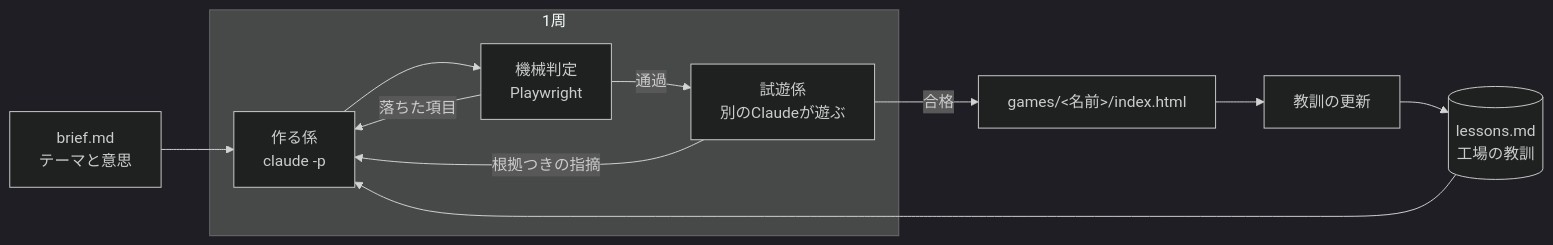
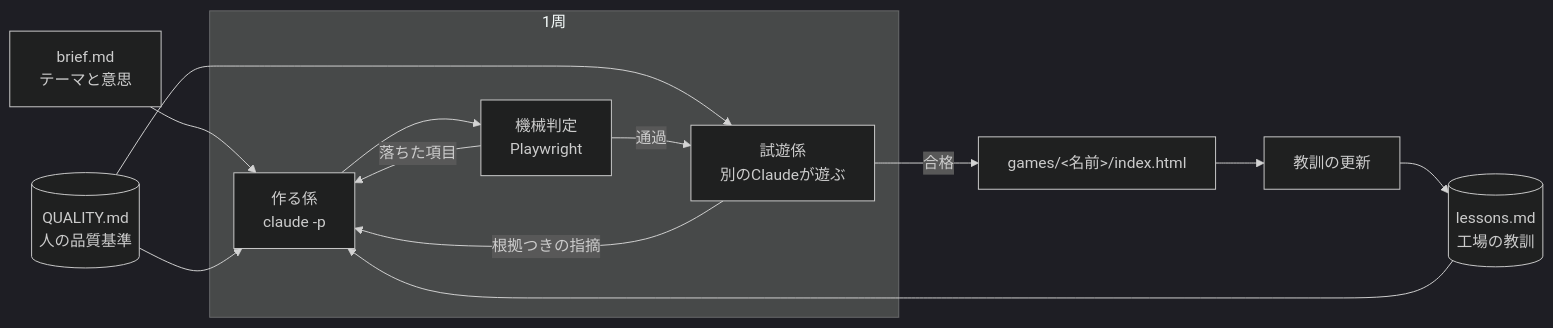
One commit to qqpann/software-factory-hachathon-1126 changed the diagram in README.md. Above: the diagram before and after it, drawn with Mermaid (dark theme). The commit also changed other lines of this file and 10 other files, not shown here.

````diff
--- a/README.md
+++ b/README.md
@@ -5,13 +5,15 @@
 ```mermaid
 flowchart LR
   B[brief.md<br/>テーマと意思] --> Build
   L[(lessons.md<br/>工場の教訓)] --> Build
+  Q[(QUALITY.md<br/>人の品質基準)] --> Build
+  Q --> Play
   subgraph 1周
     Build[作る係<br/>claude -p] --> Gate[機械判定<br/>Playwright]
     Gate -->|通過| Play[試遊係<br/>別のClaudeが遊ぶ]
   end
   Gate -->|落ちた項目| Build
   Play -->|根拠つきの指摘| Build
   Play -->|合格| Out[games/&lt;名前&gt;/index.html]
   Out --> Lessons[教訓の更新] --> L
 ```
````
